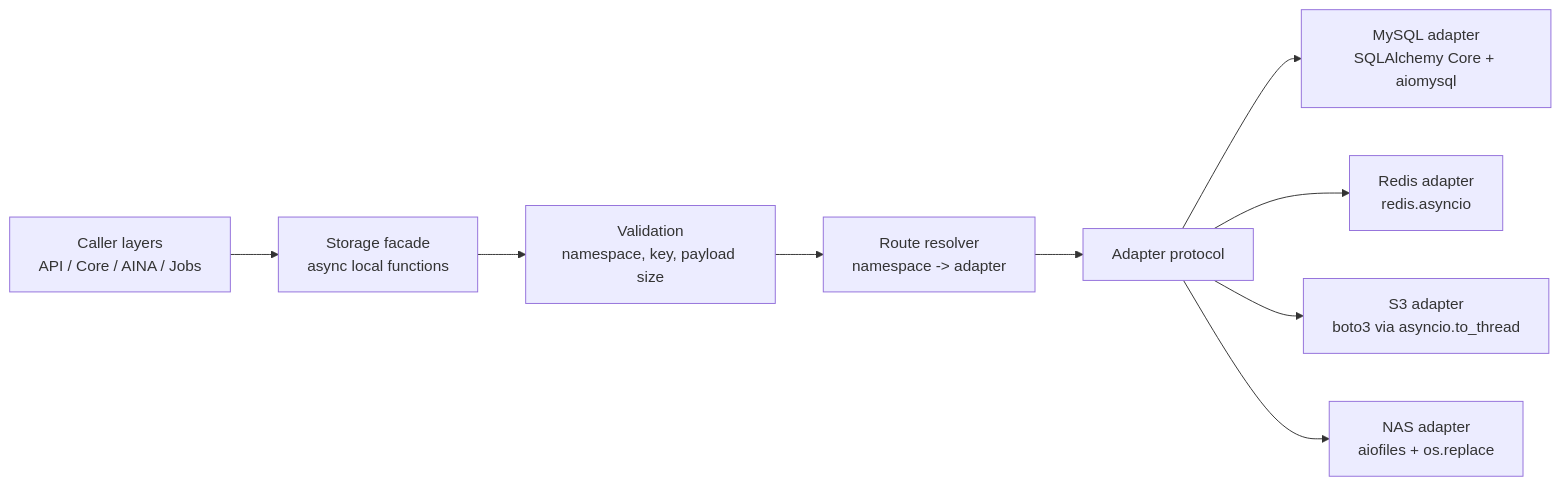
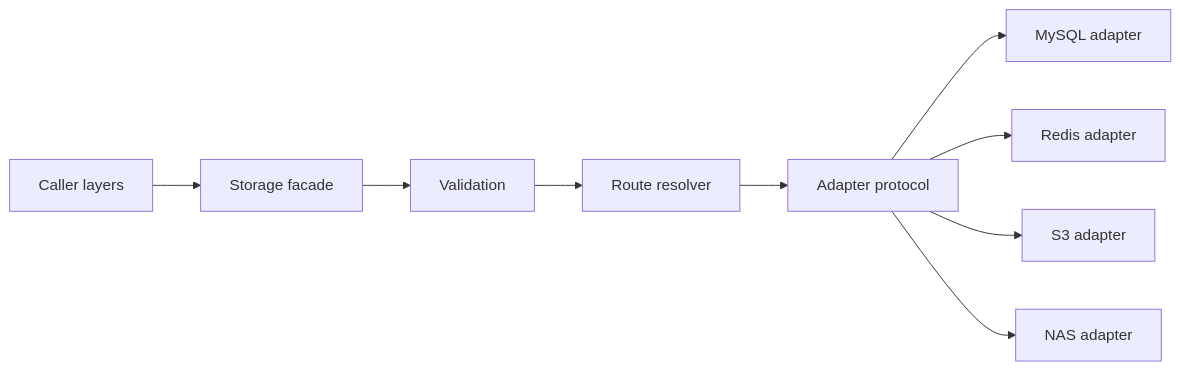
Before and after one commit to Tianzhou-Agent/Unibot: the first of 2 diagrams in docs/storage/design.md, drawn with Mermaid.

Commit message:
refactor: update storage layer design diagram for clarity

````diff
--- a/docs/storage/design.md
+++ b/docs/storage/design.md
@@ -43,11 +43,11 @@
 ```mermaid
-flowchart LR
-    A["Caller layers<br/>API / Core / AINA / Jobs"] --> B["Storage facade<br/>async local functions"]
-    B --> C["Validation<br/>namespace, key, payload size"]
-    C --> D["Route resolver<br/>namespace -> adapter"]
+graph LR
+    A["Caller layers"] --> B["Storage facade"]
+    B --> C["Validation"]
+    C --> D["Route resolver"]
     D --> E["Adapter protocol"]
-    E --> F["MySQL adapter<br/>SQLAlchemy Core + aiomysql"]
-    E --> G["Redis adapter<br/>redis.asyncio"]
-    E --> H["S3 adapter<br/>boto3 via asyncio.to_thread"]
-    E --> I["NAS adapter<br/>aiofiles + os.replace"]
+    E --> F["MySQL adapter"]
+    E --> G["Redis adapter"]
+    E --> H["S3 adapter"]
+    E --> I["NAS adapter"]
 ```
````
